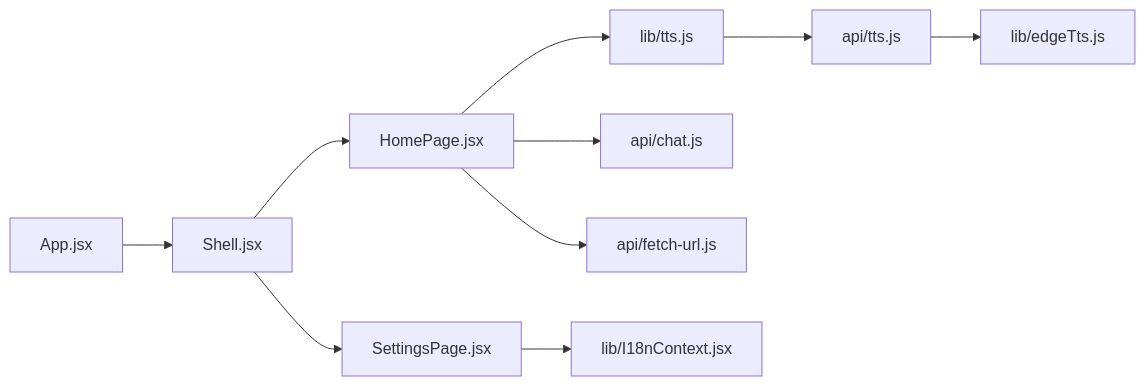
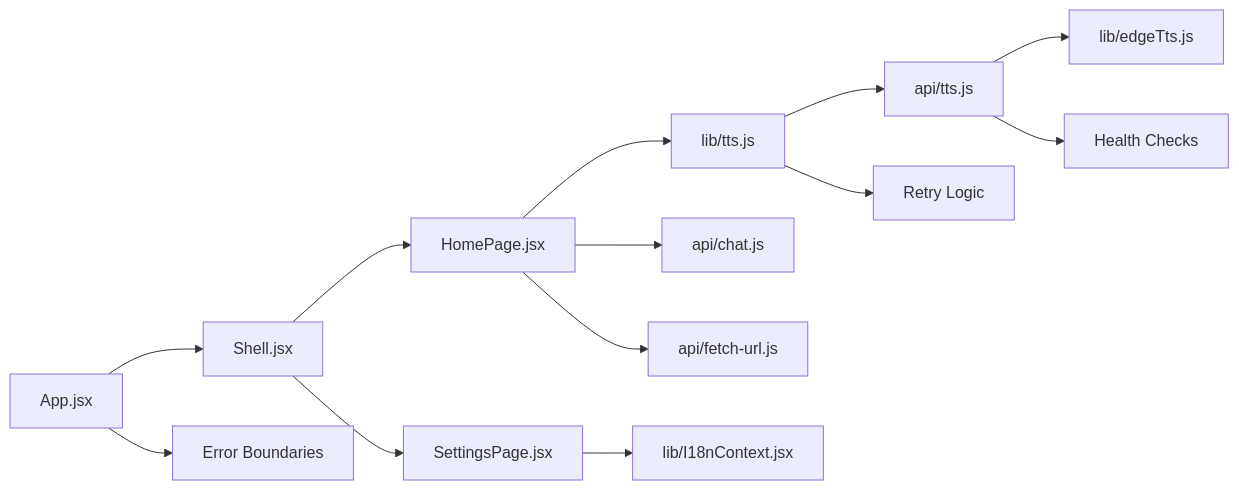
Before and after one commit to zmyeo54/briefroom: the ninth of 9 diagrams in .qoder/repowiki/en/content/Architecture Overview/Architecture Overview.md, drawn with Mermaid. The commit also changed other lines of this file and 7 other files, not shown here.

First line of the commit message:
feat(tts): enhance stability with retry logic and circuit breaker patterns

````diff
--- a/.qoder/repowiki/en/content/Architecture Overview/Architecture Overview.md
+++ b/.qoder/repowiki/en/content/Architecture Overview/Architecture Overview.md
@@ -308,12 +424,15 @@
 ```mermaid
 graph LR
 App["App.jsx"] --> Shell["Shell.jsx"]
 Shell --> Home["HomePage.jsx"]
 Shell --> Settings["SettingsPage.jsx"]
 Home --> TTSClient["lib/tts.js"]
 Settings --> I18n["lib/I18nContext.jsx"]
 TTSClient --> APITTS["api/tts.js"]
 APITTS --> EdgeTTS["lib/edgeTts.js"]
 Home --> APIChat["api/chat.js"]
 Home --> APIFetch["api/fetch-url.js"]
+App --> ErrorBoundaries["Error Boundaries"]
+TTSClient --> RetryLogic["Retry Logic"]
+APITTS --> HealthChecks["Health Checks"]
 ```
````
